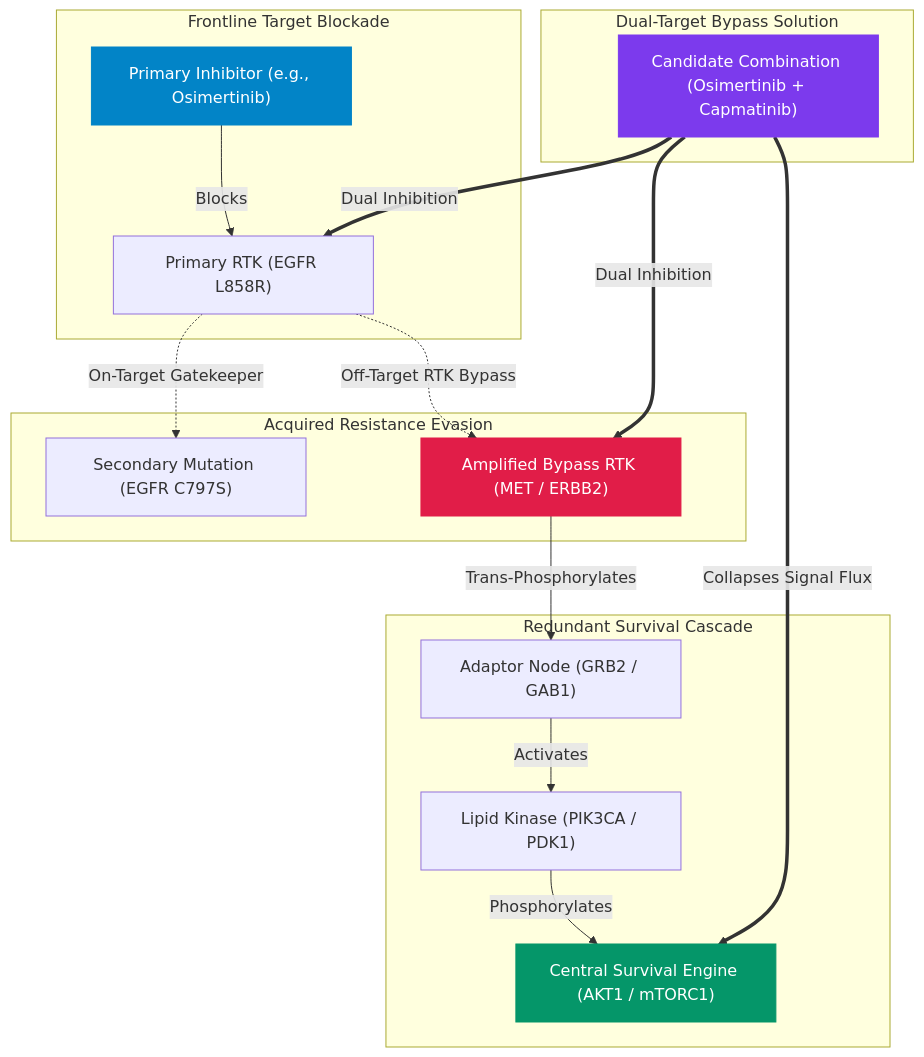
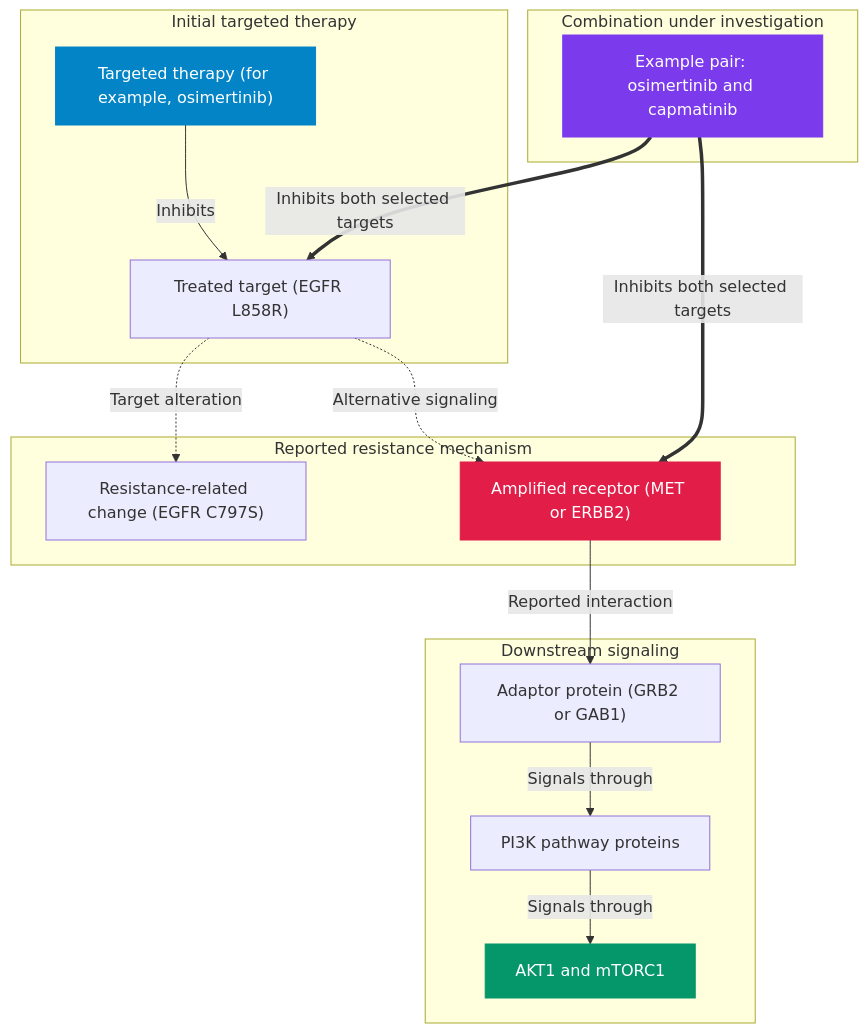
Before and after one commit to realrezi/Resistance-Bypass-Engine: the diagram in README.md, drawn with Mermaid. The commit also changed other lines of this file and 9 other files, not shown here.

````diff
--- a/README.md
+++ b/README.md
@@ -36,27 +48,26 @@
 ```mermaid
 flowchart TD
-    subgraph Primary_Inhibition ["Frontline Target Blockade"]
-        A["Primary Inhibitor (e.g., Osimertinib)"] -->|Blocks| B["Primary RTK (EGFR L858R)"]
+    subgraph Primary_Inhibition ["Initial targeted therapy"]
+        A["Targeted therapy (for example, osimertinib)"] -->|Inhibits| B["Treated target (EGFR L858R)"]
     end
 
-    subgraph Resistance_Evasion ["Acquired Resistance Evasion"]
-        B -.->|On-Target Gatekeeper| C["Secondary Mutation (EGFR C797S)"]
-        B -.->|Off-Target RTK Bypass| D["Amplified Bypass RTK (MET / ERBB2)"]
+    subgraph Resistance_Evasion ["Reported resistance mechanism"]
+        B -.->|Target alteration| C["Resistance-related change (EGFR C797S)"]
+        B -.->|Alternative signaling| D["Amplified receptor (MET or ERBB2)"]
     end
 
-    subgraph Signal_Flux ["Redundant Survival Cascade"]
-        D -->|Trans-Phosphorylates| E["Adaptor Node (GRB2 / GAB1)"]
-        E -->|Activates| F["Lipid Kinase (PIK3CA / PDK1)"]
-        F -->|Phosphorylates| G["Central Survival Engine (AKT1 / mTORC1)"]
+    subgraph Signal_Flux ["Downstream signaling"]
+        D -->|Reported interaction| E["Adaptor protein (GRB2 or GAB1)"]
+        E -->|Signals through| F["PI3K pathway proteins"]
+        F -->|Signals through| G["AKT1 and mTORC1"]
     end
 
-    subgraph Combination_Solution ["Dual-Target Bypass Solution"]
-        H["Candidate Combination (Osimertinib + Capmatinib)"] ==>|Dual Inhibition| B & D
-        H ==>|Collapses Signal Flux| G
+    subgraph Combination_Solution ["Combination under investigation"]
+        H["Example pair: osimertinib and capmatinib"] ==>|Inhibits both selected targets| B & D
     end
 
     style A fill:#0284c7,stroke:#0284c7,color:#fff
     style D fill:#e11d48,stroke:#e11d48,color:#fff
     style G fill:#059669,stroke:#059669,color:#fff
     style H fill:#7c3aed,stroke:#7c3aed,color:#fff
 ```
````
